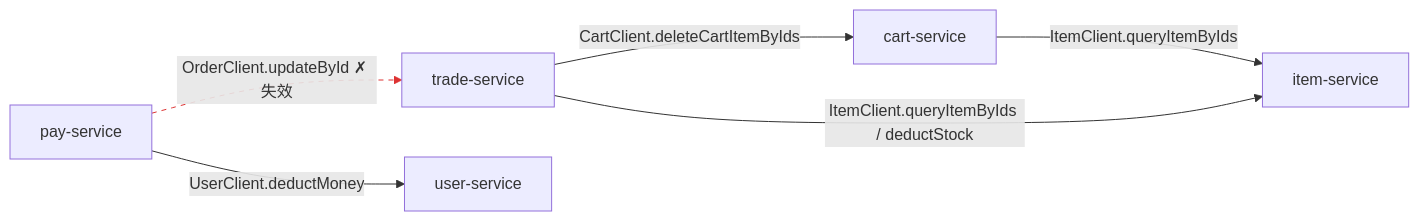
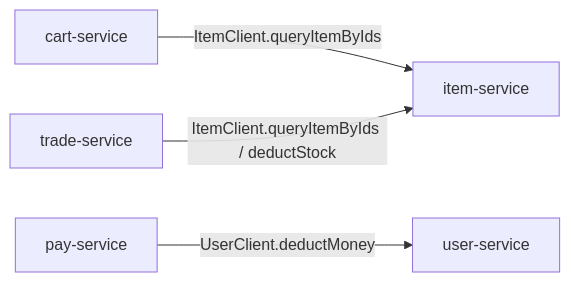
One commit to 3219378872/web-dev-experiment changed the second of 2 diagrams in docs/structure/02-module-dependencies.md. Above: the diagram before and after it, drawn with Mermaid. The commit also changed other lines of this file and 4 other files, not shown here.

First line of the commit message:
docs: update structure diagrams for Seata/RabbitMQ/MinIO integration

````diff
--- a/docs/structure/02-module-dependencies.md
+++ b/docs/structure/02-module-dependencies.md
@@ -34,16 +34,12 @@
 ```mermaid
 flowchart LR
     CS[cart-service]
     TS[trade-service]
     PS[pay-service]
     IS[item-service]
     US[user-service]
 
     CS -- "ItemClient.queryItemByIds" --> IS
     TS -- "ItemClient.queryItemByIds / deductStock" --> IS
-    TS -- "CartClient.deleteCartItemByIds" --> CS
     PS -- "UserClient.deductMoney" --> US
-    PS -.->|"OrderClient.updateById ✗ 失效"| TS
-
-    linkStyle 4 stroke:#d33,stroke-dasharray:5 5
 ```
````
